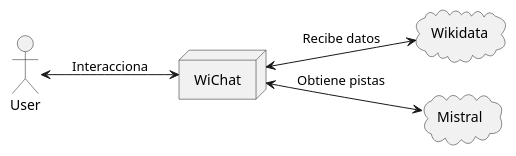
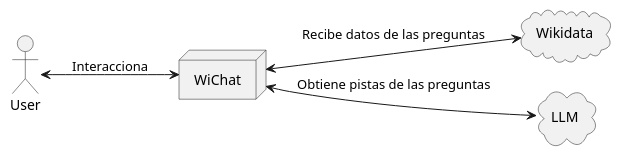
Before and after one commit to Arquisoft/wichat_es5b: the first of 3 diagrams in docs/src/05_building_block_view.adoc, drawn with PlantUML. The commit also changed other lines of this file and 5 other files, not shown here.

```diff
--- a/docs/src/05_building_block_view.adoc
+++ b/docs/src/05_building_block_view.adoc
@@ -72,23 +72,23 @@
 [plantuml,"Vision general",png]
 ----
 @startuml
 skinparam monochrome true
 left to right direction
 
 actor "User"
 
 node "WiChat" {
 }
 
 cloud "Wikidata" {
 }
 
-cloud "Mistral" {
+cloud "LLM" {
 }
 
 "User" <--> "WiChat" : Interacciona
-"WiChat" <--> "Wikidata" : Recibe datos
-"WiChat" <--> "Mistral" : Obtiene pistas
+"WiChat" <--> "Wikidata" : Recibe datos de las preguntas
+"WiChat" <--> "LLM" : Obtiene pistas de las preguntas
 
 @enduml
 ----
```
